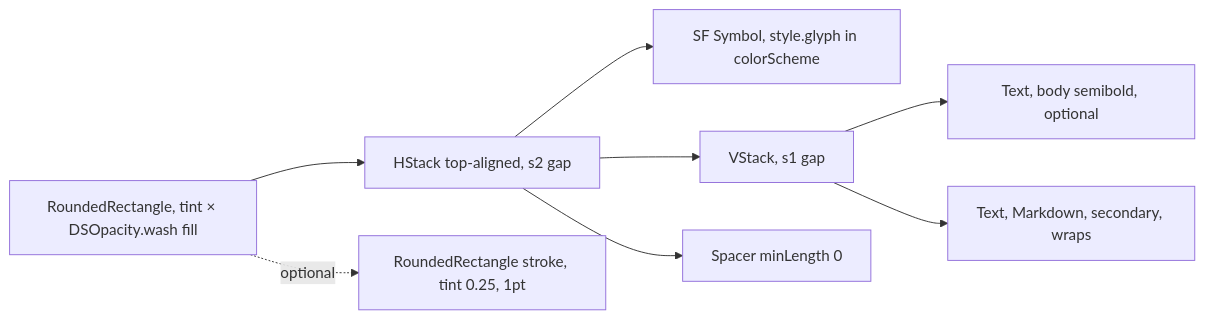
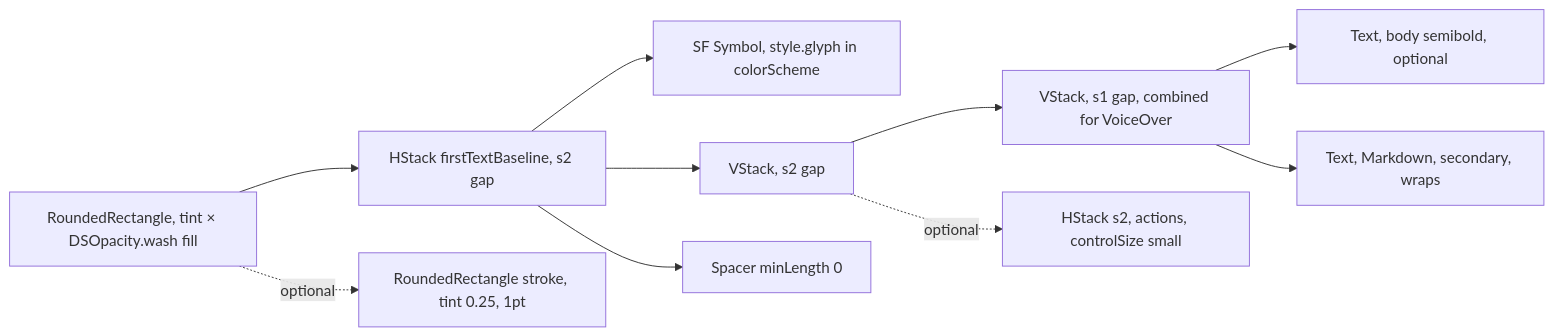
Before and after one commit to MrDemonWolf/wolfwave: the diagram in design-system/components/callout-banner.md, drawn with Mermaid. The commit also changed other lines of this file and 23 other files, not shown here.

````diff
--- a/design-system/components/callout-banner.md
+++ b/design-system/components/callout-banner.md
@@ -52,10 +58,12 @@
 ```mermaid
 graph LR
-  Bg[RoundedRectangle, tint × DSOpacity.wash fill] --> Row[HStack top-aligned, s2 gap]
+  Bg[RoundedRectangle, tint × DSOpacity.wash fill] --> Row[HStack firstTextBaseline, s2 gap]
   Row --> Icon[SF Symbol, style.glyph in colorScheme]
-  Row --> Stack[VStack, s1 gap]
+  Row --> Column[VStack, s2 gap]
+  Column --> Stack[VStack, s1 gap, combined for VoiceOver]
   Stack --> Title[Text, body semibold, optional]
   Stack --> Msg[Text, Markdown, secondary, wraps]
+  Column -. optional .-> Actions[HStack s2, actions, controlSize small]
   Row --> Spacer[Spacer minLength 0]
   Bg -. optional .-> Stroke[RoundedRectangle stroke, tint 0.25, 1pt]
 ```
````
